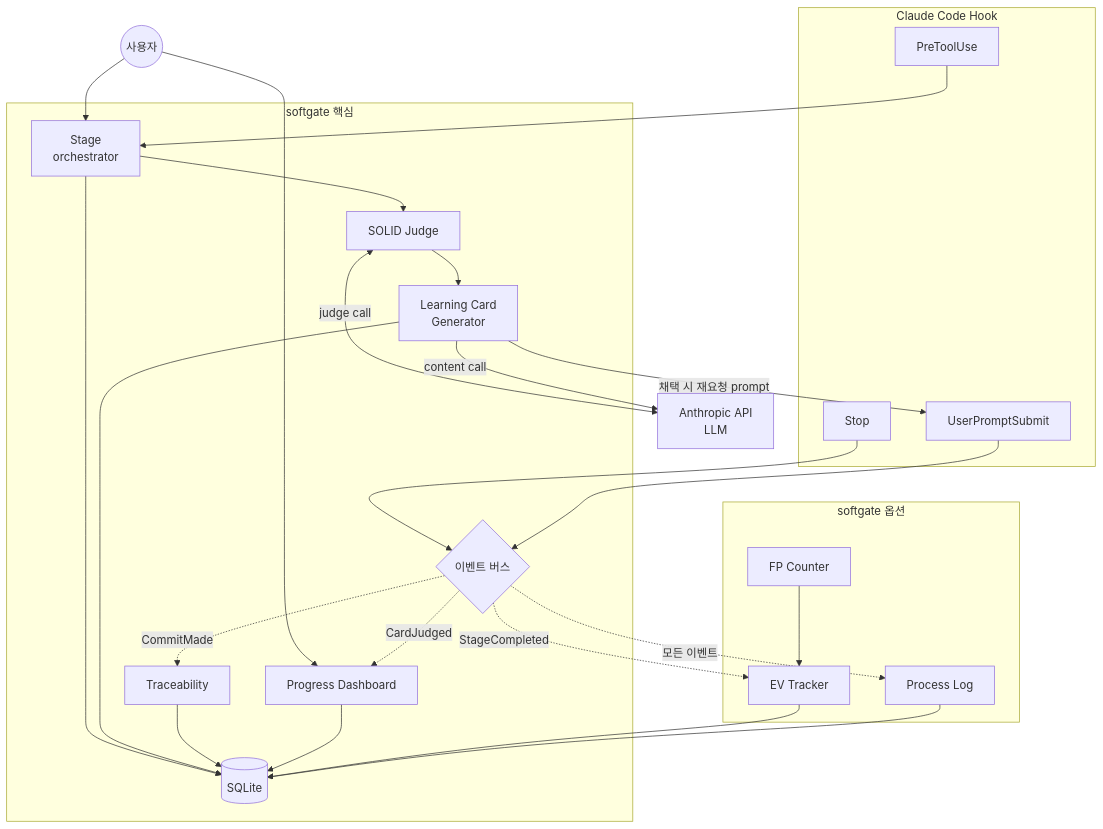
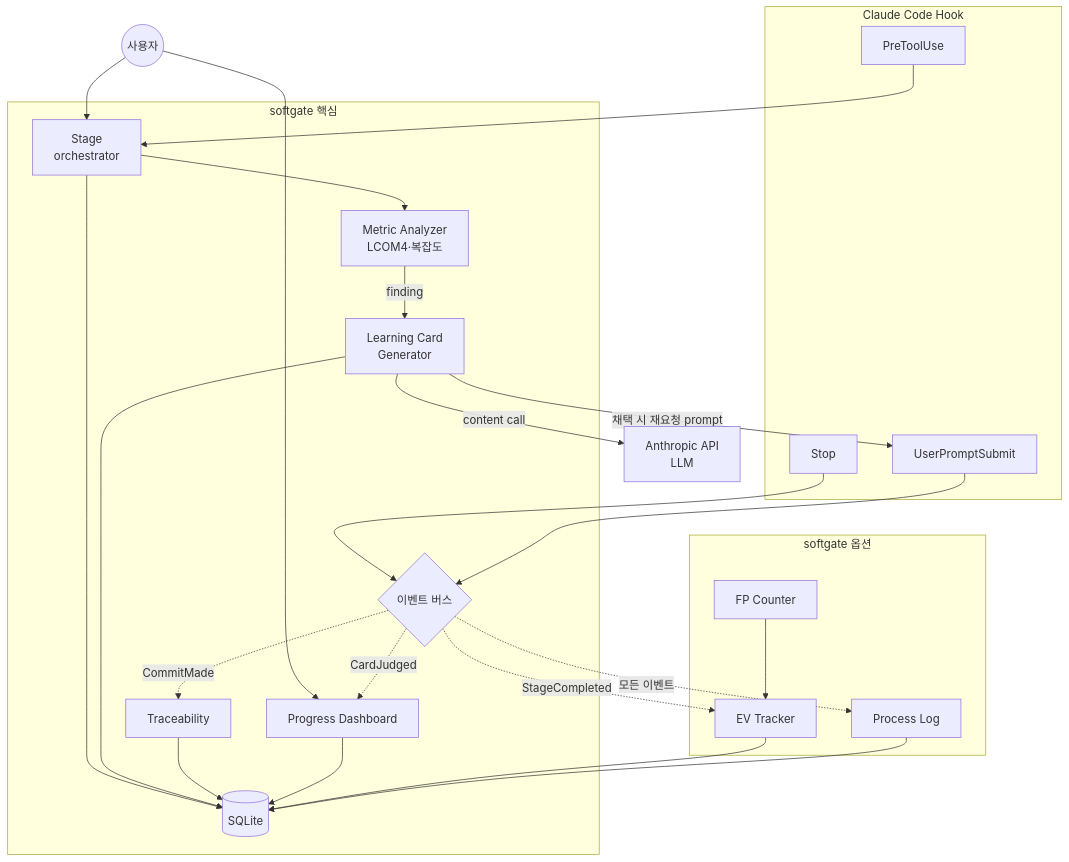
Before and after one commit to YujunOh/NaN-SE: the second of 4 diagrams in docs/ARCHITECTURE.md, drawn with Mermaid. The commit also changed other lines of this file and 5 other files, not shown here.

First line of the commit message:
피벗 전 SOLID Judge 서술 5개 문서 정리

````diff
--- a/docs/ARCHITECTURE.md
+++ b/docs/ARCHITECTURE.md
@@ -63,52 +63,51 @@
 ```mermaid
 flowchart TB
     User((사용자))
     AnthropicAPI[Anthropic API<br/>LLM]
 
     subgraph "Claude Code Hook"
         Hook1[PreToolUse]
         Hook2[Stop]
         Hook3[UserPromptSubmit]
     end
 
     subgraph "softgate 핵심"
         SG[Stage<br/>orchestrator]
-        SJ[SOLID Judge]
+        SJ[Metric Analyzer<br/>LCOM4·복잡도]
         LC[Learning Card<br/>Generator]
         TR[Traceability]
         PD[Progress Dashboard]
         DB[(SQLite)]
         Bus{이벤트 버스}
     end
 
     subgraph "softgate 옵션"
         EV[EV Tracker]
         FP[FP Counter]
         PL[Process Log]
     end
 
     User --> SG
     User --> PD
     Hook1 --> SG
     Hook2 --> Bus
     Hook3 --> Bus
 
     SG --> DB
     SG --> SJ
-    SJ --> LC
-    SJ <-->|judge call| AnthropicAPI
+    SJ -->|finding| LC
     LC -->|content call| AnthropicAPI
     LC --> DB
     LC -->|채택 시 재요청 prompt| Hook3
 
     Bus -.CommitMade.-> TR
     Bus -.CardJudged.-> PD
     Bus -.StageCompleted.-> EV
     Bus -.모든 이벤트.-> PL
 
     TR --> DB
     PD --> DB
     EV --> DB
     FP --> EV
     PL --> DB
 ```
````
